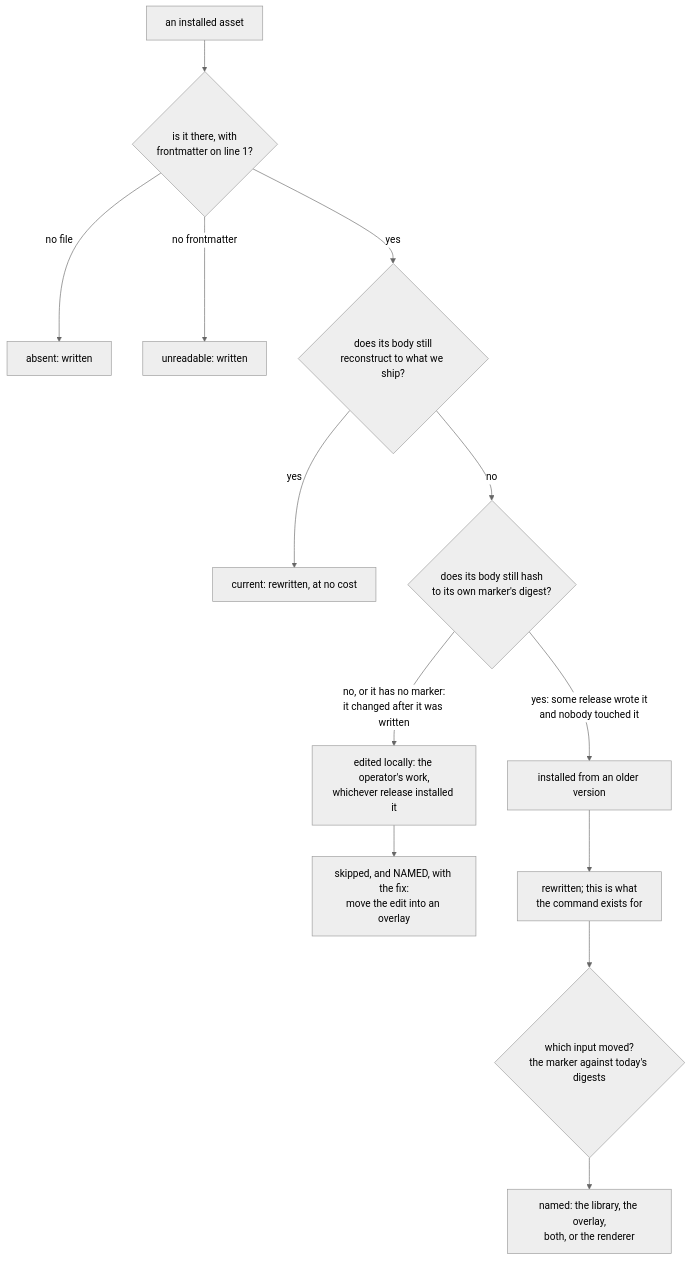
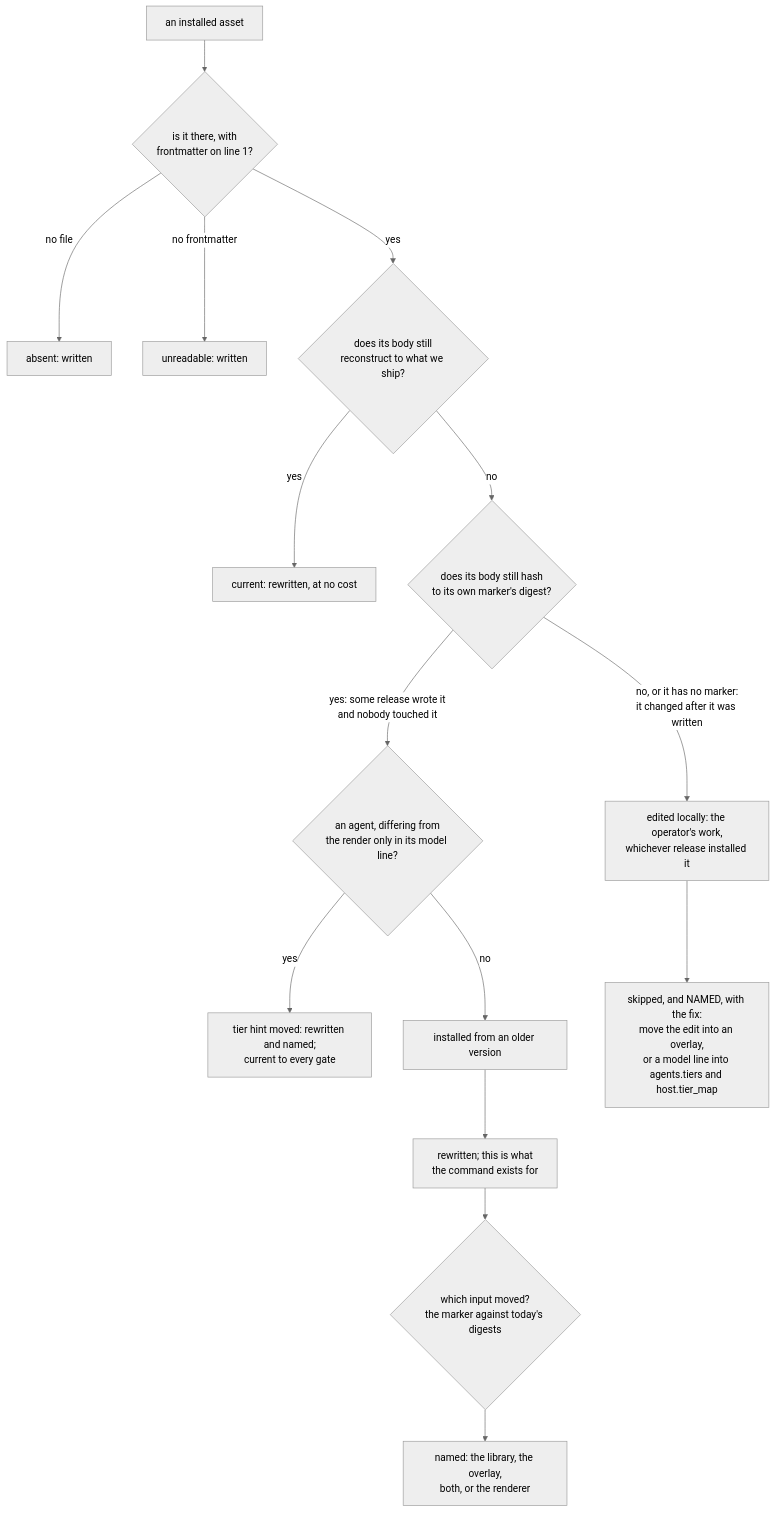
One commit to Mindchallenges/Invariant changed the diagram in docs/architecture/cli.md. Above: the diagram before and after it, drawn with Mermaid (neutral theme). The commit also changed other lines of this file and 17 other files, not shown here.

````diff
--- a/docs/architecture/cli.md
+++ b/docs/architecture/cli.md
@@ -446,15 +467,17 @@
 ```mermaid
 graph TD
     T["an installed asset"] --> A{"is it there, with<br/>frontmatter on line 1?"}
     A -- "no file" --> AB["absent: written"]
     A -- "no frontmatter" --> U["unreadable: written"]
     A -- yes --> E{"does its body still<br/>reconstruct to what we ship?"}
     E -- yes --> C["current: rewritten, at no cost"]
     E -- no --> M{"does its body still hash<br/>to its own marker's digest?"}
     M -- "no, or it has no marker:<br/>it changed after it was written" --> L["edited locally: the operator's work,<br/>whichever release installed it"]
-    M -- "yes: some release wrote it<br/>and nobody touched it" --> O["installed from an older version"]
-    L --> S["skipped, and NAMED, with the fix:<br/>move the edit into an overlay"]
+    M -- "yes: some release wrote it<br/>and nobody touched it" --> H{"an agent, differing from<br/>the render only in its model line?"}
+    H -- yes --> TM["tier hint moved: rewritten and named;<br/>current to every gate"]
+    H -- no --> O["installed from an older version"]
+    L --> S["skipped, and NAMED, with the fix:<br/>move the edit into an overlay,<br/>or a model line into agents.tiers and host.tier_map"]
     O --> W["rewritten; this is what<br/>the command exists for"]
     W --> I{"which input moved?<br/>the marker against today's digests"}
     I --> IN["named: the library, the overlay,<br/>both, or the renderer"]
 ```
````
